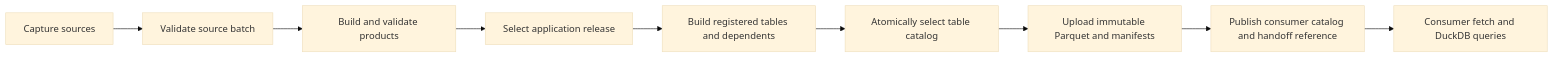
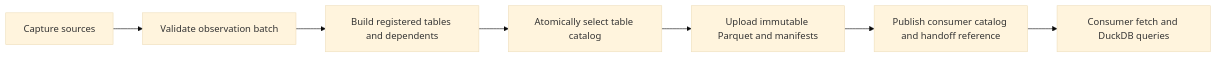
One commit to herman-rogers/armchair-labs changed the diagram in docs/operations/tables.md. Above: the diagram before and after it, drawn with Mermaid (base theme). The commit also changed other lines of this file and 506 other files, not shown here.

````diff
--- a/docs/operations/tables.md
+++ b/docs/operations/tables.md
@@ -116,11 +93,9 @@
 ```mermaid
 flowchart LR
-    A[Capture sources] --> B[Validate source batch]
-    B --> C[Build and validate products]
-    C --> D[Select application release]
-    D --> E[Build registered tables and dependents]
+    A[Capture sources] --> B[Validate observation batch]
+    B --> E[Build registered tables and dependents]
     E --> F[Atomically select table catalog]
     F --> G[Upload immutable Parquet and manifests]
     G --> H[Publish consumer catalog and handoff reference]
     H --> I[Consumer fetch and DuckDB queries]
 ```
````
